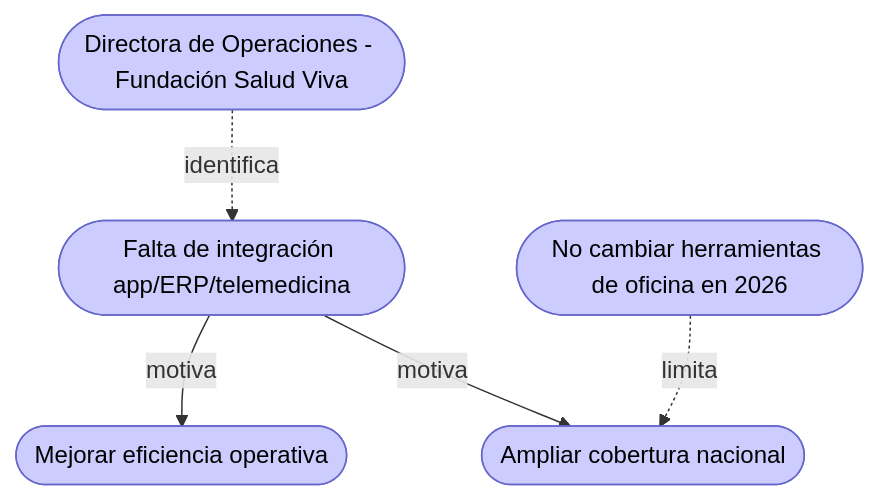
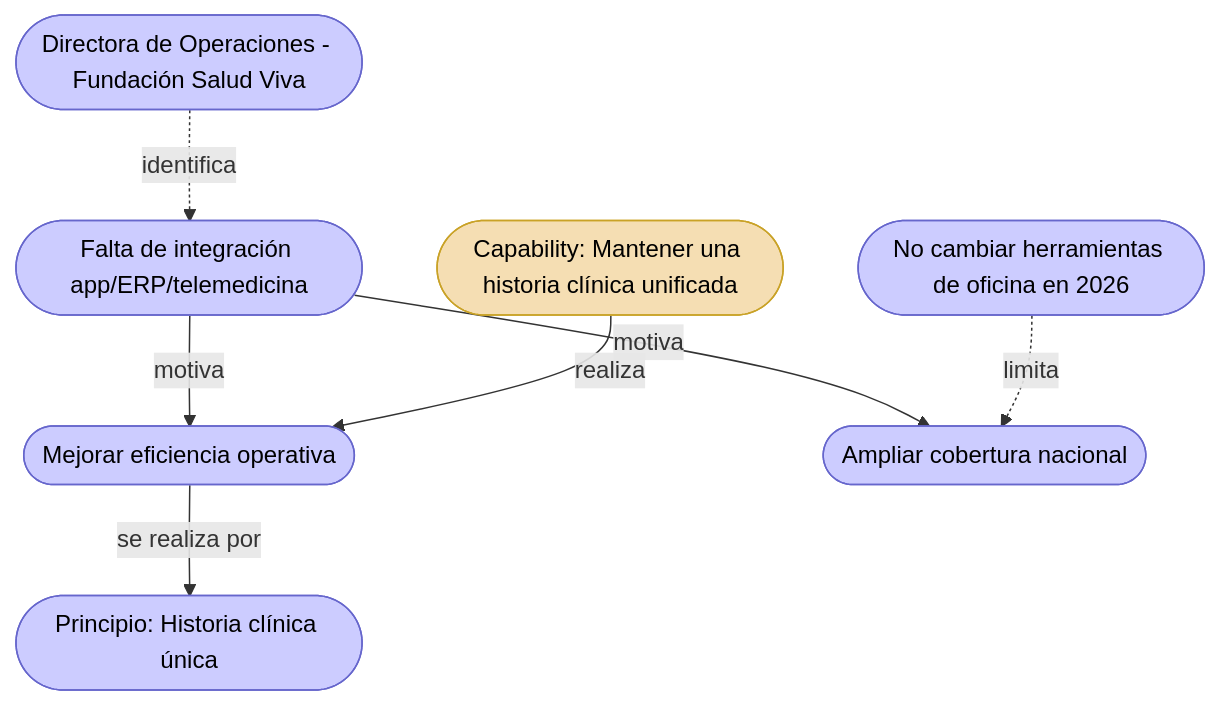
One commit to CesarAVegaF312/AREM-Taller_0_Preliminary_Vision changed the second of 2 diagrams in clase/guia_paso_a_paso_preliminary_vision.md. Above: the diagram before and after it, drawn with Mermaid. The commit also changed other lines of this file and 2 other files, not shown here.

````diff
--- a/clase/guia_paso_a_paso_preliminary_vision.md
+++ b/clase/guia_paso_a_paso_preliminary_vision.md
@@ -133,16 +160,22 @@
 ```mermaid
 flowchart TD
     stakeholder(["Directora de Operaciones - Fundación Salud Viva"])
     driver(["Falta de integración app/ERP/telemedicina"])
     goal1(["Mejorar eficiencia operativa"])
     goal2(["Ampliar cobertura nacional"])
     constraint(["No cambiar herramientas de oficina en 2026"])
+    principle(["Principio: Historia clínica única"])
+    cap(["Capability: Mantener una historia clínica unificada"])
 
     stakeholder -.->|"identifica"| driver
     driver -->|"motiva"| goal1
     driver -->|"motiva"| goal2
     constraint -.->|"limita"| goal2
+    goal1 -->|"se realiza por"| principle
+    cap -->|"realiza"| goal1
 
     classDef motivacion fill:#ccccff,color:#000,stroke:#6666cc;
-    class stakeholder,driver,goal1,goal2,constraint motivacion
+    classDef estrategia fill:#f5deb3,color:#000,stroke:#c9a227;
+    class stakeholder,driver,goal1,goal2,constraint,principle motivacion
+    class cap estrategia
 ```
````
